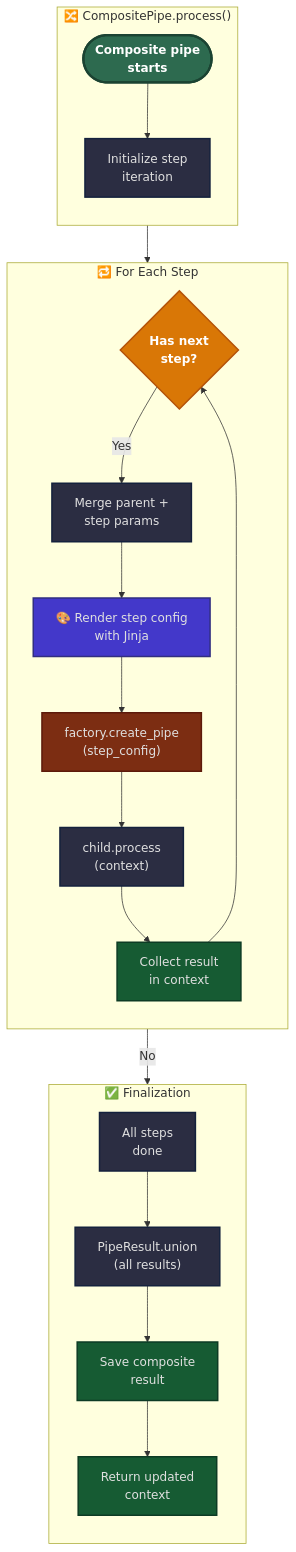
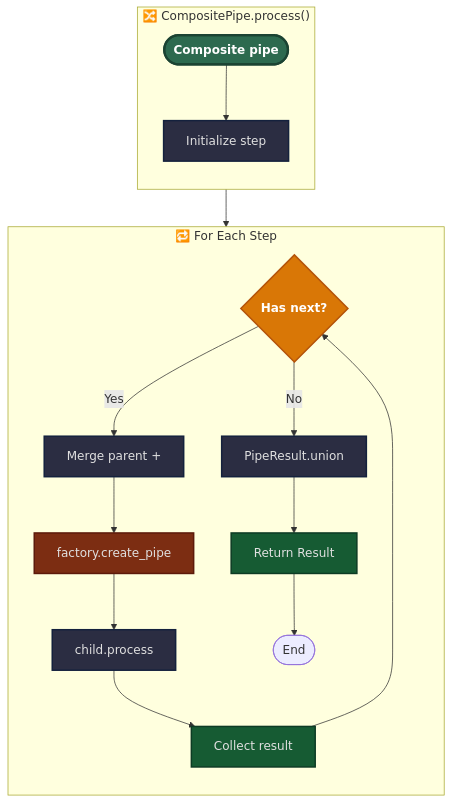
Before and after one commit to Softoft-Orga/open-ticket-ai: the second of 2 diagrams in docs/docs_src/en/concepts/pipeline.md, drawn with Mermaid. The commit also changed other lines of this file and 5 other files, not shown here.

Commit message:
fix: update font size in configuration and improve diagram rendering in documentation

````diff
--- a/docs/docs_src/en/concepts/pipeline.md
+++ b/docs/docs_src/en/concepts/pipeline.md
@@ -264,49 +137,36 @@
 ```mermaid
-%%{init:{
-  "flowchart":{"defaultRenderer":"elk","htmlLabels":true,"curve":"linear"},
-  "themeVariables":{"fontSize":"14px","fontFamily":"system-ui","lineColor":"#718096"},
-}}%%
 flowchart TB
 
 %% ===================== COMPOSITE START =====================
     subgraph START["🔀 CompositePipe.process()"]
         direction TB
-        Entry([Composite pipe<br/>starts]):::start
-        InitLoop["Initialize step<br/>iteration"]:::proc
+        Entry([Composite pipe]):::start
+        InitLoop["Initialize step"]:::proc
         Entry --> InitLoop
     end
 
 %% ===================== STEP PROCESSING =====================
     subgraph STEP_LOOP["🔁 For Each Step"]
         direction TB
-        HasStep{"Has next<br/>step?"}:::dec
-        MergeCtx["Merge parent +<br/>step params"]:::proc
-        RenderStep["🎨 Render step config<br/>with Jinja"]:::render
-        BuildChild["factory.create_pipe<br/>(step_config)"]:::factory
-        RunChild["child.process<br/>(context)"]:::proc
-        CollectResult["Collect result<br/>in context"]:::ctx
-        HasStep -- Yes --> MergeCtx --> RenderStep --> BuildChild
-        BuildChild --> RunChild --> CollectResult --> HasStep
-    end
-
-%% ===================== FINALIZATION =====================
-    subgraph FINAL["✅ Finalization"]
-        direction TB
-        AllDone["All steps<br/>done"]:::proc
-        UnionResults["PipeResult.union<br/>(all results)"]:::proc
-        SaveComposite["Save composite<br/>result"]:::ctx
-        Return["Return updated<br/>context"]:::ctx
-        AllDone --> UnionResults --> SaveComposite --> Return
+        HasStep{"Has next?"}:::dec
+        MergeCtx["Merge parent +"]:::proc
+        BuildChild["factory.create_pipe"]:::factory
+        RunChild["child.process"]:::proc
+        CollectResult["Collect result"]:::ctx
+        UnionResults["PipeResult.union"]:::proc
+        Return["Return Result"]:::ctx
+        End(["End"])
     end
 
 %% ===================== CONNECTIONS =====================
     InitLoop --> HasStep
-    HasStep -- No --> AllDone
+    HasStep -- Yes --> MergeCtx --> BuildChild --> RunChild --> CollectResult --> HasStep
+    HasStep -- No --> UnionResults --> Return --> End
 %% ===================== STYLES =====================
     classDef start fill: #2d6a4f, stroke: #1b4332, stroke-width: 3px, color: #fff, font-weight: bold
     classDef dec fill: #d97706, stroke: #b45309, stroke-width: 2px, color: #fff, font-weight: bold
     classDef proc fill: #2b2d42, stroke: #14213d, stroke-width: 2px, color: #e0e0e0
     classDef render fill: #4338ca, stroke: #312e81, stroke-width: 2px, color: #e0e0e0
     classDef factory fill: #7c2d12, stroke: #5c1a0a, stroke-width: 2px, color: #e0e0e0
     classDef ctx fill: #165b33, stroke: #0d3b24, stroke-width: 2px, color: #e0e0e0
 ```
````
